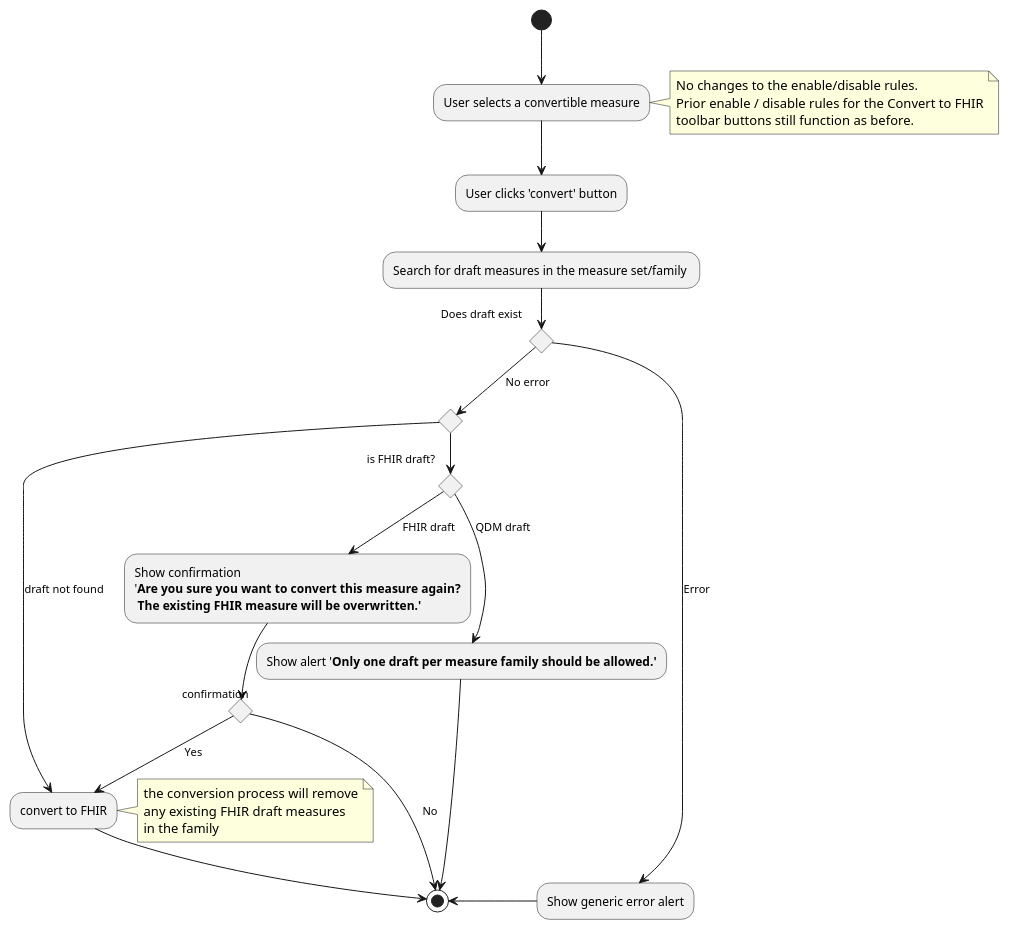
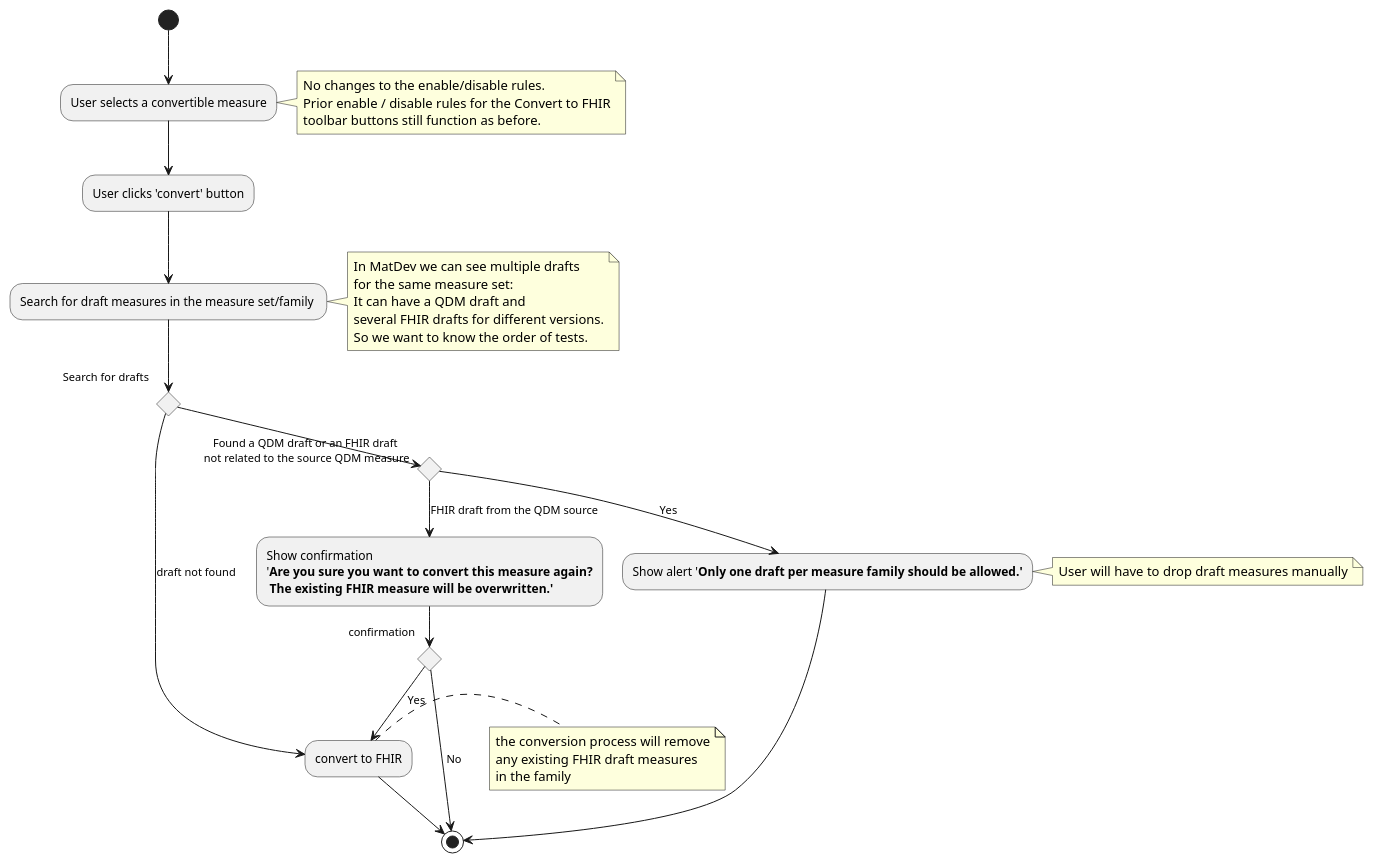
One commit to MeasureAuthoringTool/MeasureAuthoringTool changed the diagram in uml/MAT-791_Enhance_Rules_for_what_can_be_converted.puml. Above: the diagram before and after it, drawn with PlantUML. The commit also changed 16 other files, not shown here.

Commit message:
MAT-791 Enhance rules for what can be converted

```diff
--- a/uml/MAT-791_Enhance_Rules_for_what_can_be_converted.puml
+++ b/uml/MAT-791_Enhance_Rules_for_what_can_be_converted.puml
@@ -1,37 +1,42 @@
 @startuml
 (*)  --> "User selects a convertible measure"
 note right
     No changes to the enable/disable rules.
     Prior enable / disable rules for the Convert to FHIR
     toolbar buttons still function as before.
 end note
  --> "User clicks 'convert' button"
 --> "Search for draft measures in the measure set/family "
-If "Does draft exist" then
-    --> [Error] "Show generic error alert"
-    -left-> (*)
-else
-    [No error] If "" then
-        --> [draft not found] "convert to FHIR"
-        note right
+note right
+    In MatDev we can see multiple drafts
+    for the same measure set:
+    It can have a QDM draft and
+    several FHIR drafts for different versions.
+    So we want to know the order of tests.
+end note
+If "Search for drafts" then
+    --> [draft not found] "convert to FHIR"
+    note right
          the conversion process will remove
          any existing FHIR draft measures
          in the family
+    end note
+'        --> (*)
+else
+    if "Found a QDM draft or an FHIR draft\n not related to the source QDM measure"
+        --> [Yes] "Show alert '<b>Only one draft per measure family should be allowed.'"
+        note right
+            User will have to drop draft measures manually
         end note
-'        --> (*)
+        -->(*)
     else
-        if "is FHIR draft?"
-            --> [FHIR draft] "Show confirmation \n'<b>Are you sure you want to convert this measure again?\n <b>The existing FHIR measure will be overwritten.'"
-            if "confirmation"
-                --> [Yes] "convert to FHIR"
-                --> (*)
-             else
-                -->[No] (*)
-             Endif
-        else
-            --> [QDM draft] "Show alert '<b>Only one draft per measure family should be allowed.'"
-            -->(*)
-        Endif
+        --> [FHIR draft from the QDM source] "Show confirmation \n'<b>Are you sure you want to convert this measure again?\n <b>The existing FHIR measure will be overwritten.'"
+        if "confirmation"
+            --> [Yes] "convert to FHIR"
+            --> (*)
+         else
+            -->[No] (*)
+         Endif
     Endif
 Endif
 @enduml
```
